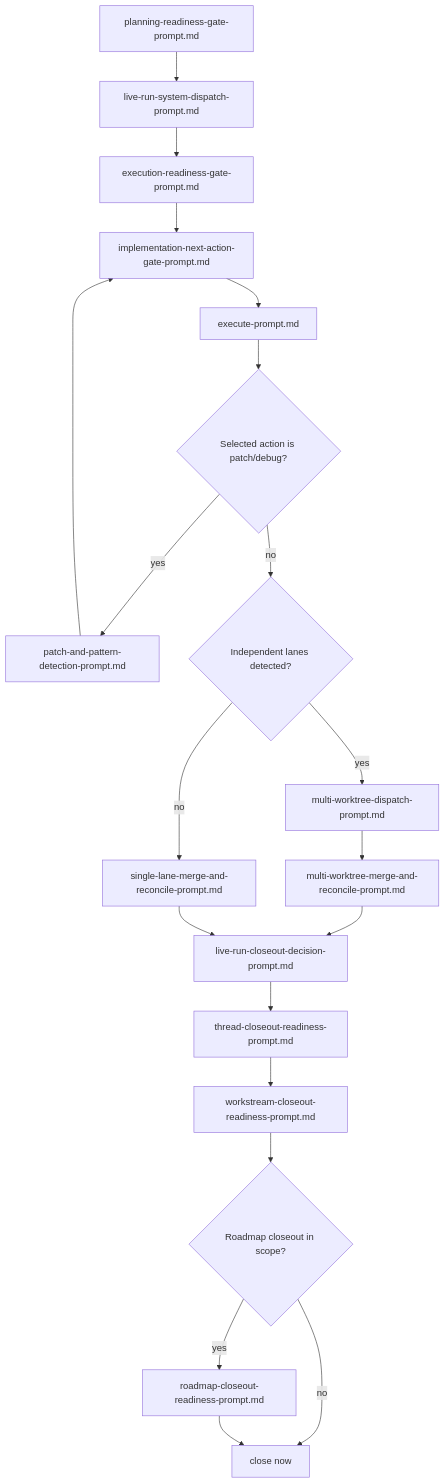
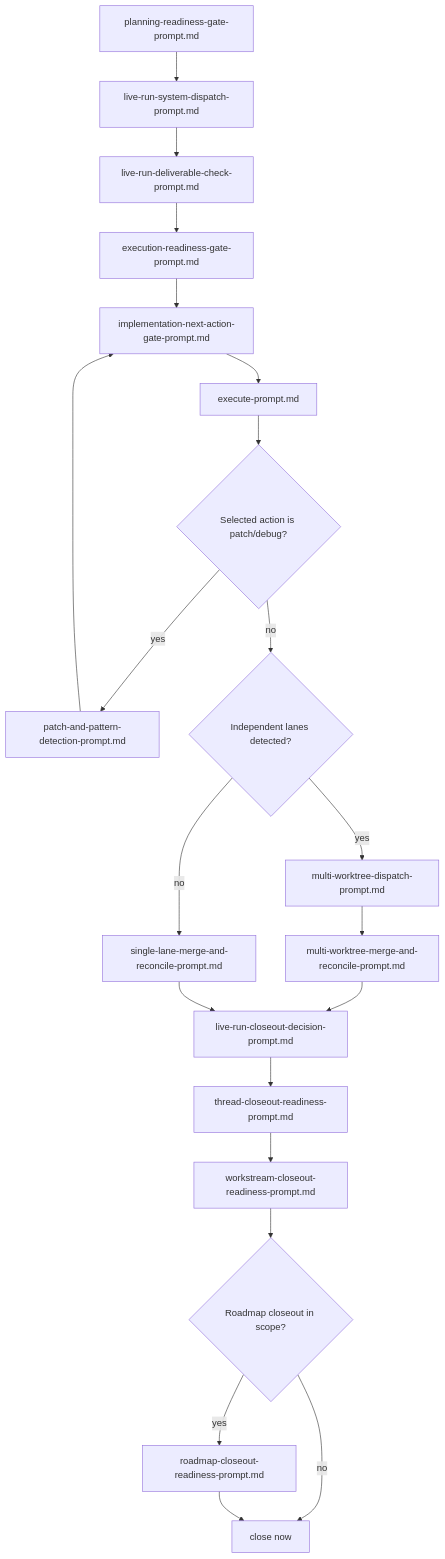
Before and after one commit to longdang193/project-OS-starter: the second of 2 diagrams in docs/operating_system/prompt_templates/README.md, drawn with Mermaid. The commit also changed other lines of this file and 1 other file, not shown here.

Commit message:
Add live-run deliverable check prompt and register in ladder

````diff
--- a/docs/operating_system/prompt_templates/README.md
+++ b/docs/operating_system/prompt_templates/README.md
@@ -107,22 +108,23 @@
 ```mermaid
 flowchart TD
   P["planning-readiness-gate-prompt.md"] --> A["live-run-system-dispatch-prompt.md"]
-  A --> R["execution-readiness-gate-prompt.md"]
+  A --> Q["live-run-deliverable-check-prompt.md"]
+  Q --> R["execution-readiness-gate-prompt.md"]
   R --> B["implementation-next-action-gate-prompt.md"]
   B --> C["execute-prompt.md"]
   C --> D{"Selected action is patch/debug?"}
   D -- "yes" --> E["patch-and-pattern-detection-prompt.md"]
   D -- "no" --> F{"Independent lanes detected?"}
   E --> B
   F -- "yes" --> G["multi-worktree-dispatch-prompt.md"]
   G --> H["multi-worktree-merge-and-reconcile-prompt.md"]
   H --> I["live-run-closeout-decision-prompt.md"]
   F -- "no" --> S["single-lane-merge-and-reconcile-prompt.md"]
   S --> I
   I --> J["thread-closeout-readiness-prompt.md"]
   J --> K["workstream-closeout-readiness-prompt.md"]
   K --> L{"Roadmap closeout in scope?"}
   L -- "yes" --> M["roadmap-closeout-readiness-prompt.md"]
   L -- "no" --> N["close now"]
   M --> N
 ```
````
